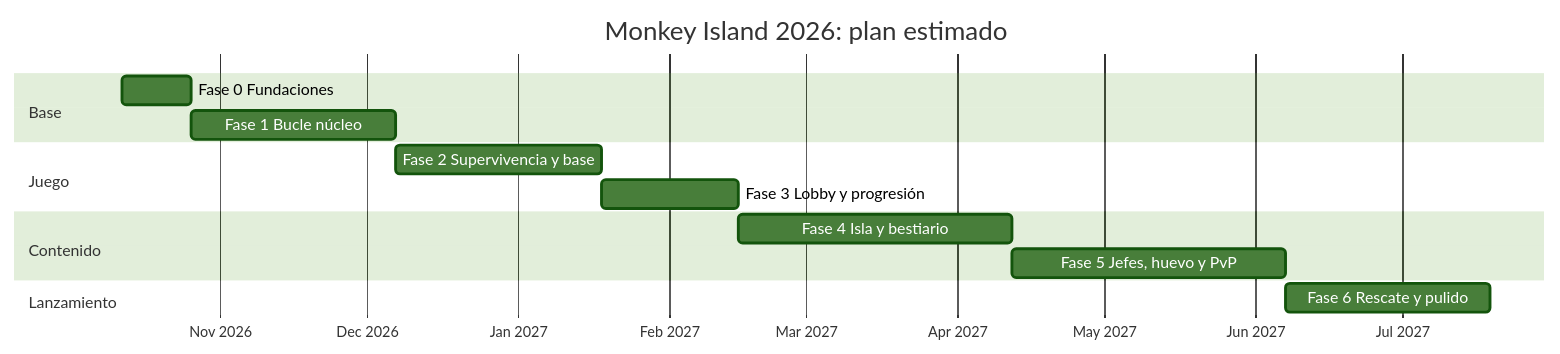
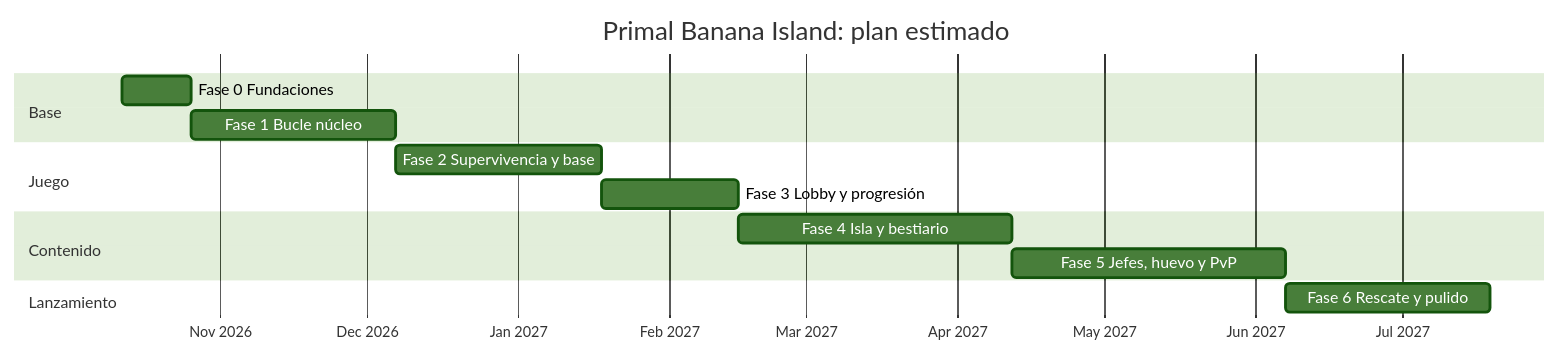
One commit to Discosofia/Monkey_Island_2026 changed the third of 3 diagrams in docs/PLAN.md. Above: the diagram before and after it, drawn with Mermaid (forest theme). The commit also changed other lines of this file and 28 other files, not shown here.

````diff
--- a/docs/PLAN.md
+++ b/docs/PLAN.md
@@ -227,17 +238,17 @@
 ```mermaid
 gantt
-  title Monkey Island 2026: plan estimado
+  title Primal Banana Island: plan estimado
   dateFormat YYYY-MM-DD
   axisFormat %b %Y
   section Base
   Fase 0 Fundaciones           :f0, 2026-10-12, 14d
   Fase 1 Bucle núcleo          :f1, after f0, 42d
   section Juego
   Fase 2 Supervivencia y base  :f2, after f1, 42d
   Fase 3 Lobby y progresión    :f3, after f2, 28d
   section Contenido
   Fase 4 Isla y bestiario      :f4, after f3, 56d
   Fase 5 Jefes, huevo y PvP    :f5, after f4, 56d
   section Lanzamiento
   Fase 6 Rescate y pulido      :f6, after f5, 42d
 ```
````
